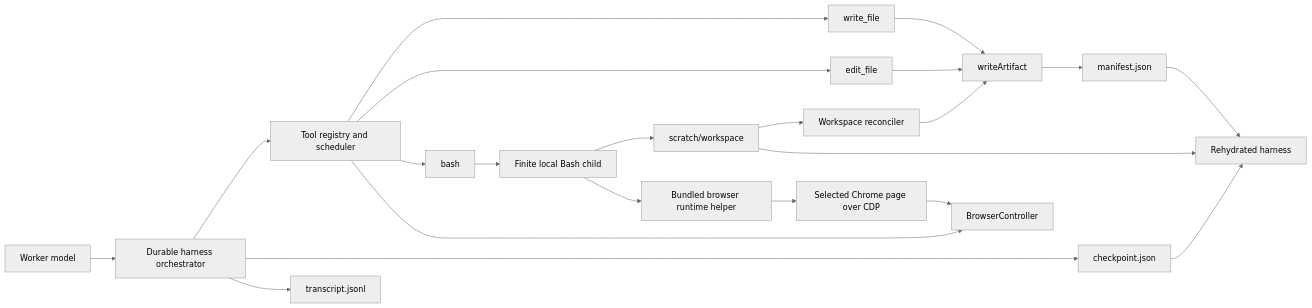
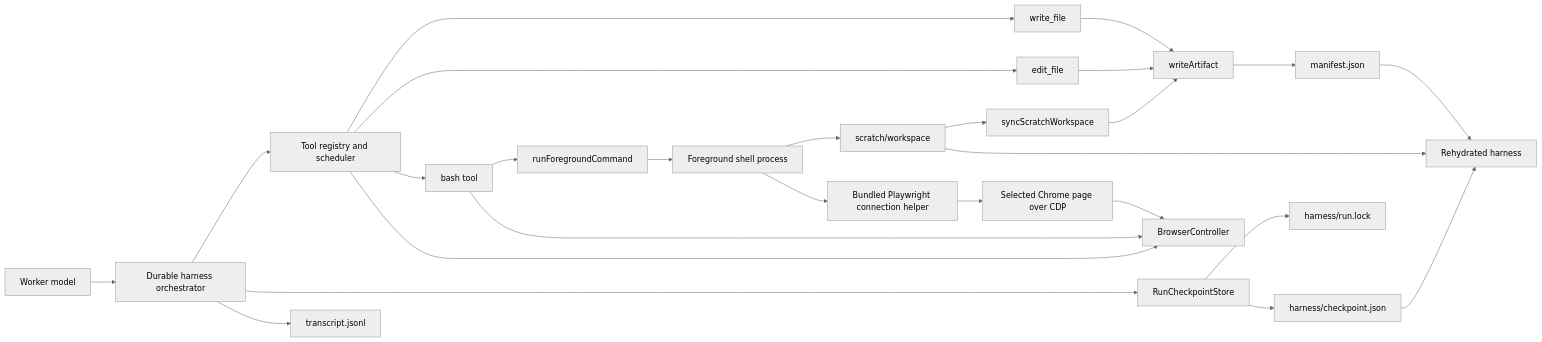
One commit to briosolivares/evidence-collection-agent changed the diagram in docs/browser-agent-local-code-execution-spec.md. Above: the diagram before and after it, drawn with Mermaid (neutral theme). The commit also changed other lines of this file and 1 other file, not shown here.

Commit message:
docs: plan local browser-agent code execution

````diff
--- a/docs/browser-agent-local-code-execution-spec.md
+++ b/docs/browser-agent-local-code-execution-spec.md
@@ -84,27 +98,31 @@
 ```mermaid
 flowchart LR
     M[Worker model] --> O[Durable harness orchestrator]
     O --> R[Tool registry and scheduler]
     R --> W[write_file]
     R --> E[edit_file]
-    R --> B[bash]
+    R --> B[bash tool]
     R --> C[BrowserController]
 
-    B --> P[Finite local Bash child]
-    P --> WS[scratch/workspace]
-    P --> H[Bundled browser runtime helper]
+    B --> P[runForegroundCommand]
+    P --> S[Foreground shell process]
+    S --> WS[scratch/workspace]
+    S --> H[Bundled Playwright connection helper]
     H --> CDP[Selected Chrome page over CDP]
     CDP --> C
+    B --> C
 
     W --> A[writeArtifact]
     E --> A
-    WS --> X[Workspace reconciler]
+    WS --> X[syncScratchWorkspace]
     X --> A
 
-    O --> CP[checkpoint.json]
+    O --> D[RunCheckpointStore]
+    D --> RF[harness/run.lock]
+    D --> CP[harness/checkpoint.json]
     O --> T[transcript.jsonl]
     A --> MF[manifest.json]
     CP --> RH[Rehydrated harness]
     MF --> RH
     WS --> RH
 ```
````
